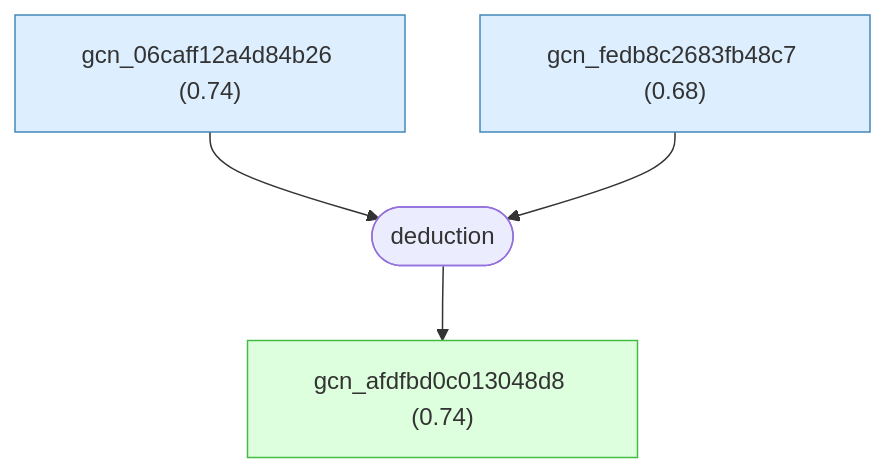
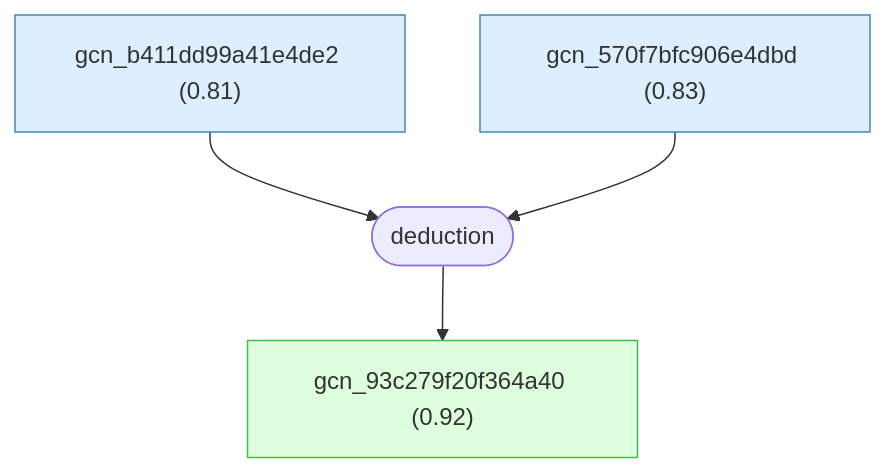
One commit to Callo42/tbg-magic-angle-gaia changed the second of 10 diagrams in docs/detailed-reasoning.md. Above: the diagram before and after it, drawn with Mermaid. The commit also changed other lines of this file and 50 other files, not shown here.

First line of the commit message:
Regenerate TBG graph from connected root

````diff
--- a/docs/detailed-reasoning.md
+++ b/docs/detailed-reasoning.md
@@ -525,20 +260,20 @@
 ```mermaid
 graph TD
-    gcn_06caff12a4d84b26["gcn_06caff12a4d84b26 (0.74)"]:::premise
-    gcn_fedb8c2683fb48c7["gcn_fedb8c2683fb48c7 (0.68)"]:::premise
-    gcn_afdfbd0c013048d8["gcn_afdfbd0c013048d8 (0.74)"]:::derived
-    strat_5(["deduction"])
-    gcn_06caff12a4d84b26 --> strat_5
-    gcn_fedb8c2683fb48c7 --> strat_5
-    strat_5 --> gcn_afdfbd0c013048d8
+    gcn_b411dd99a41e4de2["gcn_b411dd99a41e4de2 (0.81)"]:::premise
+    gcn_570f7bfc906e4dbd["gcn_570f7bfc906e4dbd (0.83)"]:::premise
+    gcn_93c279f20f364a40["gcn_93c279f20f364a40 (0.92)"]:::derived
+    strat_1(["deduction"])
+    gcn_b411dd99a41e4de2 --> strat_1
+    gcn_570f7bfc906e4dbd --> strat_1
+    strat_1 --> gcn_93c279f20f364a40
 
     classDef setting fill:#f0f0f0,stroke:#999,color:#333
     classDef premise fill:#ddeeff,stroke:#4488bb,color:#333
     classDef derived fill:#ddffdd,stroke:#44bb44,color:#333
     classDef question fill:#fff3dd,stroke:#cc9944,color:#333
     classDef background fill:#f5f5f5,stroke:#bbb,stroke-dasharray: 5 5,color:#333
     classDef orphan fill:#fff,stroke:#ccc,stroke-dasharray: 5 5,color:#333
     classDef external fill:#fff,stroke:#aaa,stroke-dasharray: 3 3,color:#333
     classDef weak fill:#fff9c4,stroke:#f9a825,stroke-dasharray: 5 5,color:#333
     classDef contra fill:#ffebee,stroke:#c62828,color:#333
 ```
````
